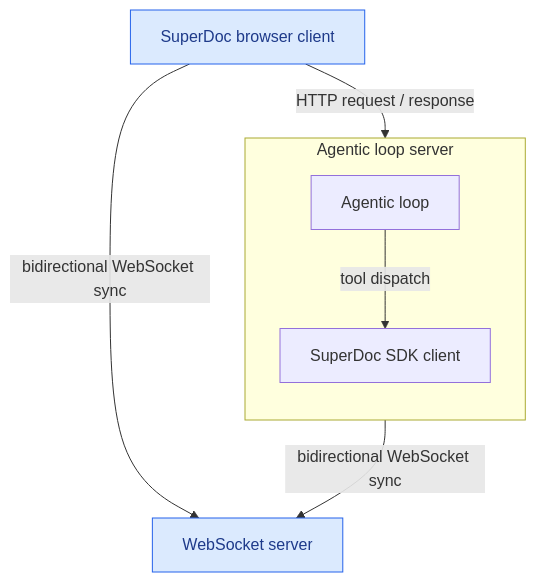
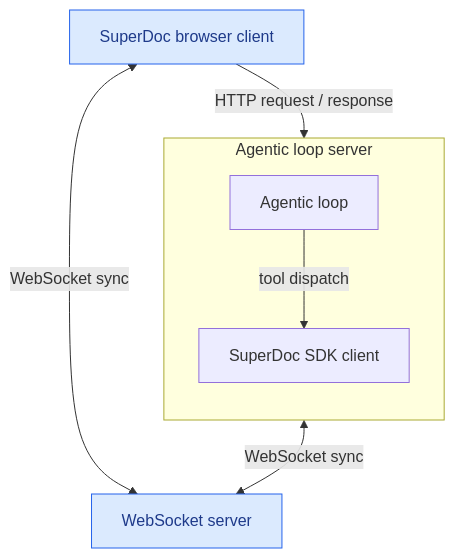
One commit to mattConnHarbour/agent-harness-integration changed the diagram in architecture.mmd. Above: the diagram before and after it, drawn with Mermaid. The commit also changed 2 other files, not shown here.

Commit message:
use double-sided WebSocket arrows

```diff
--- a/architecture.mmd
+++ b/architecture.mmd
@@ -1,18 +1,18 @@
 flowchart TD
   webapp[SuperDoc browser client]
 
   subgraph server[Agentic loop server]
     direction TB
     loop[Agentic loop]
     client[SuperDoc SDK client]
     loop -->|tool dispatch| client
   end
 
   ws[WebSocket server]
 
   webapp -->|HTTP request / response| loop
-  client -->|bidirectional WebSocket sync| ws
-  webapp -->|bidirectional WebSocket sync| ws
+  client <-->|WebSocket sync| ws
+  webapp <-->|WebSocket sync| ws
 
   classDef blue fill:#dbeafe,stroke:#2563eb,color:#1e3a8a
   class webapp,ws blue
```
